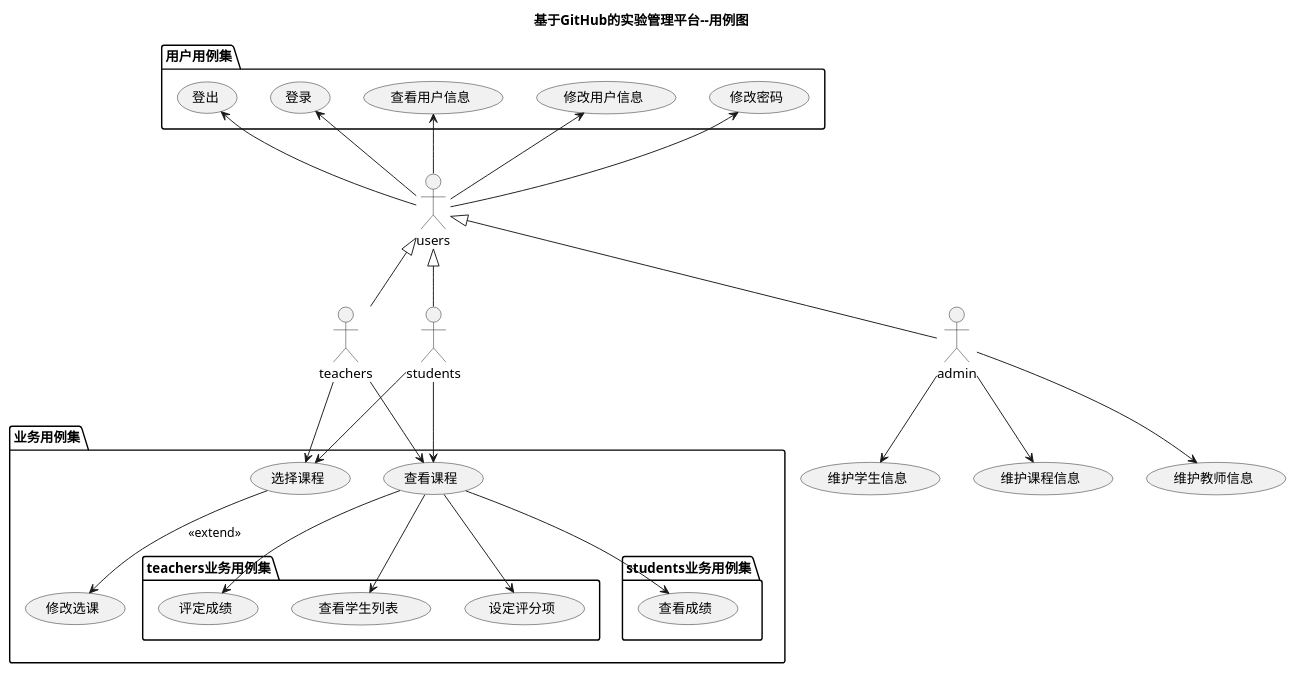
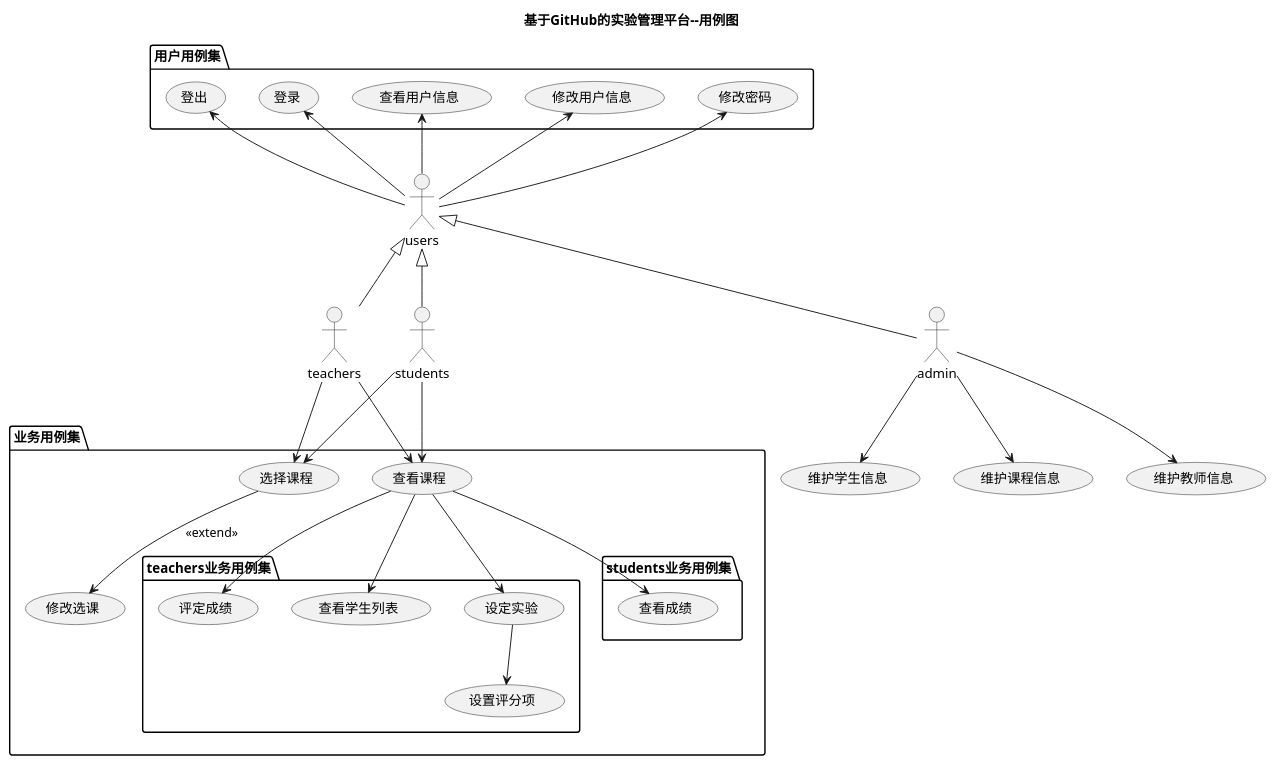
Before and after one commit to mzy1997/is_analysis: the diagram in test6/src/UserCase.puml, drawn with PlantUML. The commit also changed 4 other files, not shown here.

```diff
--- a/test6/src/UserCase.puml
+++ b/test6/src/UserCase.puml
@@ -1,36 +1,37 @@
 @startuml
 title 基于GitHub的实验管理平台--用例图
 actor users
 actor teachers
 actor students
 actor admin
 users <|-- teachers
 users <|-- students
 users <|-- admin
 package 用户用例集{
 users -up-> (修改密码)
 users -up-> (修改用户信息)
 users -up-> (查看用户信息)
 users -up-> (登录)
 users -up-> (登出)
 }
 package 业务用例集{
 teachers --> (选择课程)
 students --> (选择课程)
 (选择课程) -down-> (修改选课):<<extend>>
 teachers -down-> (查看课程)
 package teachers业务用例集{
-(查看课程) -down-> (设定评分项)
+(查看课程) -down-> (设定实验)
+(设定实验) -down-> (设置评分项)
 (查看课程)-down-> (评定成绩)
 (查看课程) -down-> (查看学生列表)
 }
 package students业务用例集{
 students -down-> (查看课程)
 (查看课程) --> (查看成绩)
 }
 }
 
 admin --> (维护课程信息)
 admin --> (维护教师信息)
 admin --> (维护学生信息)
 @enduml
```
